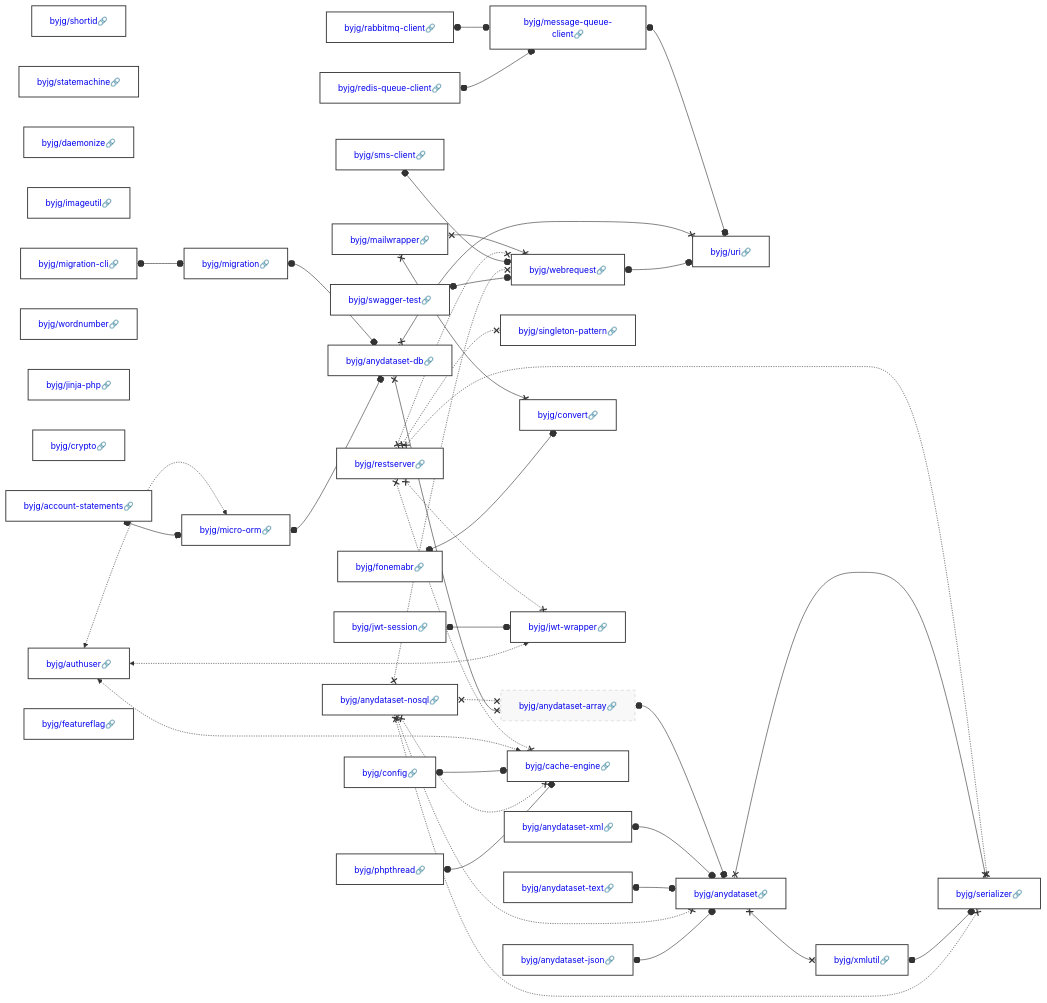
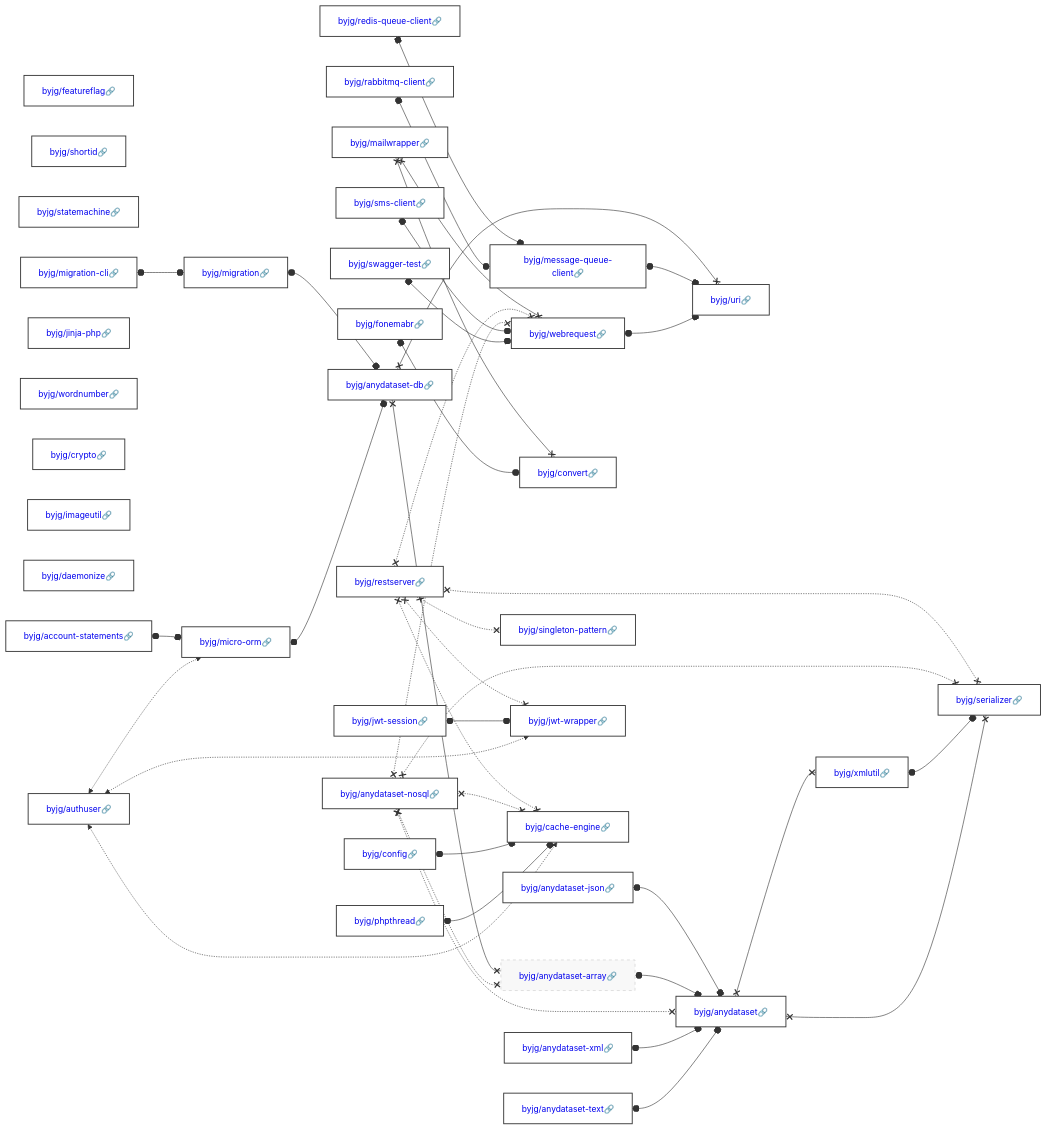
One commit to byjg/byjg.github.io changed the diagram in docs/php/README.md. Above: the diagram before and after it, drawn with Mermaid. The commit also changed other lines of this file, not shown here.

Commit message:
Update documentation 'php' 'php-anydataset-db'

````diff
--- a/docs/php/README.md
+++ b/docs/php/README.md
@@ -3,37 +3,37 @@
 ```mermaid
 graph LR;
+  byjg/sms-client[<a href='https://opensource.byjg.com/docs/php/sms-client' style='text-decoration:none'>byjg/sms-client🔗</a>];
+  byjg/featureflag[<a href='https://opensource.byjg.com/docs/php/featureflag' style='text-decoration:none'>byjg/featureflag🔗</a>];
+  byjg/phpthread[<a href='https://opensource.byjg.com/docs/php/phpthread' style='text-decoration:none'>byjg/phpthread🔗</a>];
+  byjg/anydataset-nosql[<a href='https://opensource.byjg.com/docs/php/anydataset-nosql' style='text-decoration:none'>byjg/anydataset-nosql🔗</a>];
+  byjg/mailwrapper[<a href='https://opensource.byjg.com/docs/php/mailwrapper' style='text-decoration:none'>byjg/mailwrapper🔗</a>];
   byjg/shortid[<a href='https://opensource.byjg.com/docs/php/shortid' style='text-decoration:none'>byjg/shortid🔗</a>];
   byjg/statemachine[<a href='https://opensource.byjg.com/docs/php/statemachine' style='text-decoration:none'>byjg/statemachine🔗</a>];
-  byjg/daemonize[<a href='https://opensource.byjg.com/docs/php/daemonize' style='text-decoration:none'>byjg/daemonize🔗</a>];
+  byjg/account-statements[<a href='https://opensource.byjg.com/docs/php/account-statements' style='text-decoration:none'>byjg/account-statements🔗</a>];
+  byjg/jinja-php[<a href='https://opensource.byjg.com/docs/php/jinja-php' style='text-decoration:none'>byjg/jinja-php🔗</a>];
   byjg/fonemabr[<a href='https://opensource.byjg.com/docs/php/fonemabr' style='text-decoration:none'>byjg/fonemabr🔗</a>];
-  byjg/imageutil[<a href='https://opensource.byjg.com/docs/php/imageutil' style='text-decoration:none'>byjg/imageutil🔗</a>];
+  byjg/wordnumber[<a href='https://opensource.byjg.com/docs/php/wordnumber' style='text-decoration:none'>byjg/wordnumber🔗</a>];
   byjg/anydataset-json[<a href='https://opensource.byjg.com/docs/php/anydataset-json' style='text-decoration:none'>byjg/anydataset-json🔗</a>];
-  byjg/migration-cli[<a href='https://opensource.byjg.com/docs/php/migration-cli' style='text-decoration:none'>byjg/migration-cli🔗</a>];
+  byjg/redis-queue-client[<a href='https://opensource.byjg.com/docs/php/redis-queue-client' style='text-decoration:none'>byjg/redis-queue-client🔗</a>];
+  byjg/anydataset-xml[<a href='https://opensource.byjg.com/docs/php/anydataset-xml' style='text-decoration:none'>byjg/anydataset-xml🔗</a>];
+  byjg/crypto[<a href='https://opensource.byjg.com/docs/php/crypto' style='text-decoration:none'>byjg/crypto🔗</a>];
   byjg/jwt-session[<a href='https://opensource.byjg.com/docs/php/jwt-session' style='text-decoration:none'>byjg/jwt-session🔗</a>];
-  byjg/restserver[<a href='https://opensource.byjg.com/docs/php/restserver' style='text-decoration:none'>byjg/restserver🔗</a>];
-  byjg/wordnumber[<a href='https://opensource.byjg.com/docs/php/wordnumber' style='text-decoration:none'>byjg/wordnumber🔗</a>];
-  byjg/jinja-php[<a href='https://opensource.byjg.com/docs/php/jinja-php' style='text-decoration:none'>byjg/jinja-php🔗</a>];
   byjg/rabbitmq-client[<a href='https://opensource.byjg.com/docs/php/rabbitmq-client' style='text-decoration:none'>byjg/rabbitmq-client🔗</a>];
   byjg/anydataset-text[<a href='https://opensource.byjg.com/docs/php/anydataset-text' style='text-decoration:none'>byjg/anydataset-text🔗</a>];
-  byjg/phpthread[<a href='https://opensource.byjg.com/docs/php/phpthread' style='text-decoration:none'>byjg/phpthread🔗</a>];
+  byjg/restserver[<a href='https://opensource.byjg.com/docs/php/restserver' style='text-decoration:none'>byjg/restserver🔗</a>];
   byjg/swagger-test[<a href='https://opensource.byjg.com/docs/php/swagger-test' style='text-decoration:none'>byjg/swagger-test🔗</a>];
-  byjg/redis-queue-client[<a href='https://opensource.byjg.com/docs/php/redis-queue-client' style='text-decoration:none'>byjg/redis-queue-client🔗</a>];
-  byjg/anydataset-xml[<a href='https://opensource.byjg.com/docs/php/anydataset-xml' style='text-decoration:none'>byjg/anydataset-xml🔗</a>];
-  byjg/sms-client[<a href='https://opensource.byjg.com/docs/php/sms-client' style='text-decoration:none'>byjg/sms-client🔗</a>];
-  byjg/crypto[<a href='https://opensource.byjg.com/docs/php/crypto' style='text-decoration:none'>byjg/crypto🔗</a>];
-  byjg/mailwrapper[<a href='https://opensource.byjg.com/docs/php/mailwrapper' style='text-decoration:none'>byjg/mailwrapper🔗</a>];
-  byjg/account-statements[<a href='https://opensource.byjg.com/docs/php/account-statements' style='text-decoration:none'>byjg/account-statements🔗</a>];
+  byjg/imageutil[<a href='https://opensource.byjg.com/docs/php/imageutil' style='text-decoration:none'>byjg/imageutil🔗</a>];
+  byjg/daemonize[<a href='https://opensource.byjg.com/docs/php/daemonize' style='text-decoration:none'>byjg/daemonize🔗</a>];
+  byjg/migration-cli[<a href='https://opensource.byjg.com/docs/php/migration-cli' style='text-decoration:none'>byjg/migration-cli🔗</a>];
   byjg/authuser[<a href='https://opensource.byjg.com/docs/php/authuser' style='text-decoration:none'>byjg/authuser🔗</a>];
-  byjg/anydataset-nosql[<a href='https://opensource.byjg.com/docs/php/anydataset-nosql' style='text-decoration:none'>byjg/anydataset-nosql🔗</a>];
-  byjg/featureflag[<a href='https://opensource.byjg.com/docs/php/featureflag' style='text-decoration:none'>byjg/featureflag🔗</a>];
   byjg/config[<a href='https://opensource.byjg.com/docs/php/config' style='text-decoration:none'>byjg/config🔗</a>];
+  byjg/convert[<a href='https://opensource.byjg.com/docs/php/convert' style='text-decoration:none'>byjg/convert🔗</a>];
+  byjg/message-queue-client[<a href='https://opensource.byjg.com/docs/php/message-queue-client' style='text-decoration:none'>byjg/message-queue-client🔗</a>];
+  byjg/singleton-pattern[<a href='https://opensource.byjg.com/docs/php/singleton-pattern' style='text-decoration:none'>byjg/singleton-pattern🔗</a>];
+  byjg/webrequest[<a href='https://opensource.byjg.com/docs/php/webrequest' style='text-decoration:none'>byjg/webrequest🔗</a>];
   byjg/migration[<a href='https://opensource.byjg.com/docs/php/migration' style='text-decoration:none'>byjg/migration🔗</a>];
-  byjg/singleton-pattern[<a href='https://opensource.byjg.com/docs/php/singleton-pattern' style='text-decoration:none'>byjg/singleton-pattern🔗</a>];
-  byjg/message-queue-client[<a href='https://opensource.byjg.com/docs/php/message-queue-client' style='text-decoration:none'>byjg/message-queue-client🔗</a>];
-  byjg/convert[<a href='https://opensource.byjg.com/docs/php/convert' style='text-decoration:none'>byjg/convert🔗</a>];
   byjg/micro-orm[<a href='https://opensource.byjg.com/docs/php/micro-orm' style='text-decoration:none'>byjg/micro-orm🔗</a>];
   byjg/jwt-wrapper[<a href='https://opensource.byjg.com/docs/php/jwt-wrapper' style='text-decoration:none'>byjg/jwt-wrapper🔗</a>];
-  byjg/webrequest[<a href='https://opensource.byjg.com/docs/php/webrequest' style='text-decoration:none'>byjg/webrequest🔗</a>];
   byjg/cache-engine[<a href='https://opensource.byjg.com/docs/php/cache-engine' style='text-decoration:none'>byjg/cache-engine🔗</a>];
   byjg/anydataset-db[<a href='https://opensource.byjg.com/docs/php/anydataset-db' style='text-decoration:none'>byjg/anydataset-db🔗</a>];
   byjg/anydataset-array[<a href='https://opensource.byjg.com/docs/php/anydataset-array' style='text-decoration:none'>byjg/anydataset-array🔗</a>];
@@ -41,44 +41,44 @@
   byjg/anydataset[<a href='https://opensource.byjg.com/docs/php/anydataset' style='text-decoration:none'>byjg/anydataset🔗</a>];
   byjg/xmlutil[<a href='https://opensource.byjg.com/docs/php/xmlutil' style='text-decoration:none'>byjg/xmlutil🔗</a>];
   byjg/serializer[<a href='https://opensource.byjg.com/docs/php/serializer' style='text-decoration:none'>byjg/serializer🔗</a>];
-  byjg/migration-cli o--o byjg/migration;
+  byjg/rabbitmq-client o--o byjg/message-queue-client;
   byjg/webrequest o--o byjg/uri;
-  byjg/micro-orm o--o byjg/anydataset-db;
+  byjg/swagger-test o--o byjg/webrequest;
+  byjg/fonemabr o--o byjg/convert;
+  byjg/authuser <-.-> byjg/micro-orm;
+  byjg/authuser <-.-> byjg/cache-engine;
+  byjg/authuser <-.-> byjg/jwt-wrapper;
+  byjg/anydataset x--x byjg/serializer;
+  byjg/anydataset x--x byjg/xmlutil;
+  byjg/jwt-session o--o byjg/jwt-wrapper;
+  byjg/anydataset-text o--o byjg/anydataset;
   byjg/phpthread o--o byjg/cache-engine;
-  byjg/anydataset-db x--x byjg/anydataset-array;
-  byjg/anydataset-db x--x byjg/uri;
-  byjg/redis-queue-client o--o byjg/message-queue-client;
-  byjg/anydataset-json o--o byjg/anydataset;
-  byjg/swagger-test o--o byjg/webrequest;
-  byjg/rabbitmq-client o--o byjg/message-queue-client;
+  byjg/xmlutil o--o byjg/serializer;
+  byjg/sms-client o--o byjg/webrequest;
+  byjg/anydataset-xml o--o byjg/anydataset;
+  byjg/config o--o byjg/cache-engine;
   byjg/anydataset-nosql x-.-x byjg/anydataset;
   byjg/anydataset-nosql x-.-x byjg/anydataset-array;
   byjg/anydataset-nosql x-.-x byjg/serializer;
   byjg/anydataset-nosql x-.-x byjg/webrequest;
   byjg/anydataset-nosql x-.-x byjg/cache-engine;
-  byjg/xmlutil o--o byjg/serializer;
-  byjg/account-statements o--o byjg/micro-orm;
-  byjg/anydataset-text o--o byjg/anydataset;
-  byjg/config o--o byjg/cache-engine;
   byjg/message-queue-client o--o byjg/uri;
-  byjg/anydataset-xml o--o byjg/anydataset;
-  byjg/authuser <-.-> byjg/micro-orm;
-  byjg/authuser <-.-> byjg/cache-engine;
-  byjg/authuser <-.-> byjg/jwt-wrapper;
-  byjg/sms-client o--o byjg/webrequest;
-  byjg/jwt-session o--o byjg/jwt-wrapper;
-  byjg/anydataset x--x byjg/serializer;
-  byjg/anydataset x--x byjg/xmlutil;
+  byjg/micro-orm o--o byjg/anydataset-db;
   byjg/anydataset-array o--o byjg/anydataset;
-  byjg/migration o--o byjg/anydataset-db;
+  byjg/migration-cli o--o byjg/migration;
+  byjg/redis-queue-client o--o byjg/message-queue-client;
   byjg/restserver x-.-x byjg/serializer;
   byjg/restserver x-.-x byjg/singleton-pattern;
   byjg/restserver x-.-x byjg/cache-engine;
   byjg/restserver x-.-x byjg/webrequest;
   byjg/restserver x-.-x byjg/jwt-wrapper;
-  byjg/fonemabr o--o byjg/convert;
+  byjg/anydataset-db x--x byjg/anydataset-array;
+  byjg/anydataset-db x--x byjg/uri;
+  byjg/migration o--o byjg/anydataset-db;
   byjg/mailwrapper x--x byjg/convert;
   byjg/mailwrapper x--x byjg/webrequest;
+  byjg/anydataset-json o--o byjg/anydataset;
+  byjg/account-statements o--o byjg/micro-orm;
   classDef default fill:#ffffff,stroke:#333,stroke-width:1.5px,color:#000,font-size:14px;
   classDef highlight fill:#ffef96,stroke:#ff9900,stroke-width:3px;
   classDef deprecated fill:#f8f8f8,stroke:#cccccc,stroke-dasharray: 5 5,stroke-width:1px,color:#999;
````
